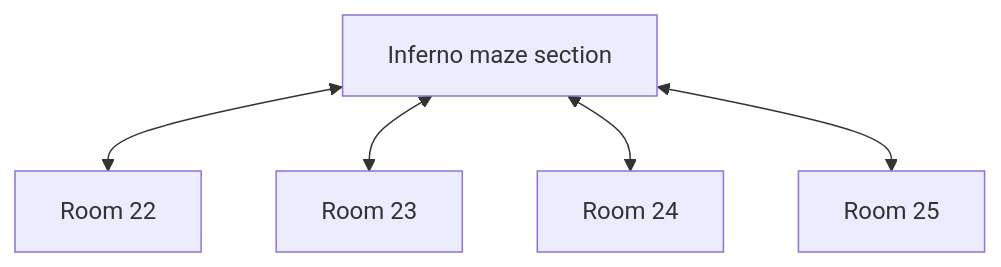
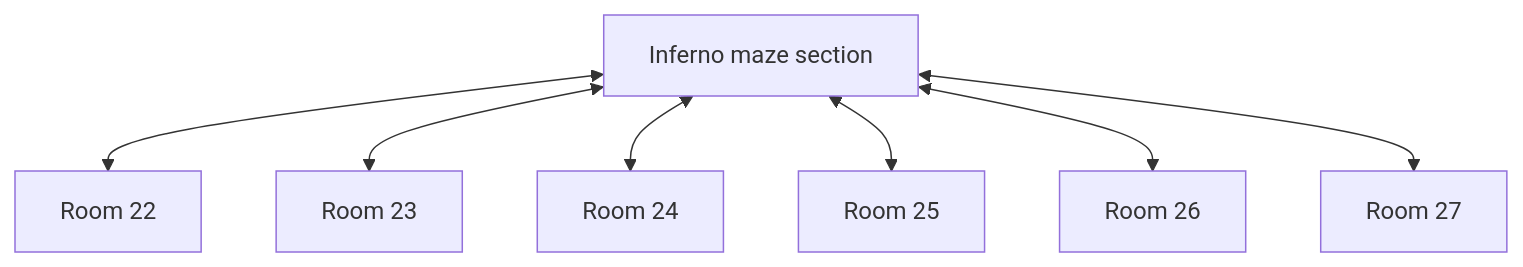
Before and after one commit to SlothBorg/Dungeon23: the fifth of 5 diagrams in Dungeon/Level_03/README.md, drawn with Mermaid. The commit also changed 4 other files, not shown here.

````diff
--- a/Dungeon/Level_03/README.md
+++ b/Dungeon/Level_03/README.md
@@ -54,7 +54,9 @@
 ```mermaid
 flowchart TD
     Inferno[Inferno maze section] <-->C22[Room 22]
     Inferno <--> C23[Room 23]
     Inferno <--> C24[Room 24]
     Inferno <--> C25[Room 25]
+    Inferno <--> C26[Room 26]
+    Inferno <--> C27[Room 27]
 ```
````
